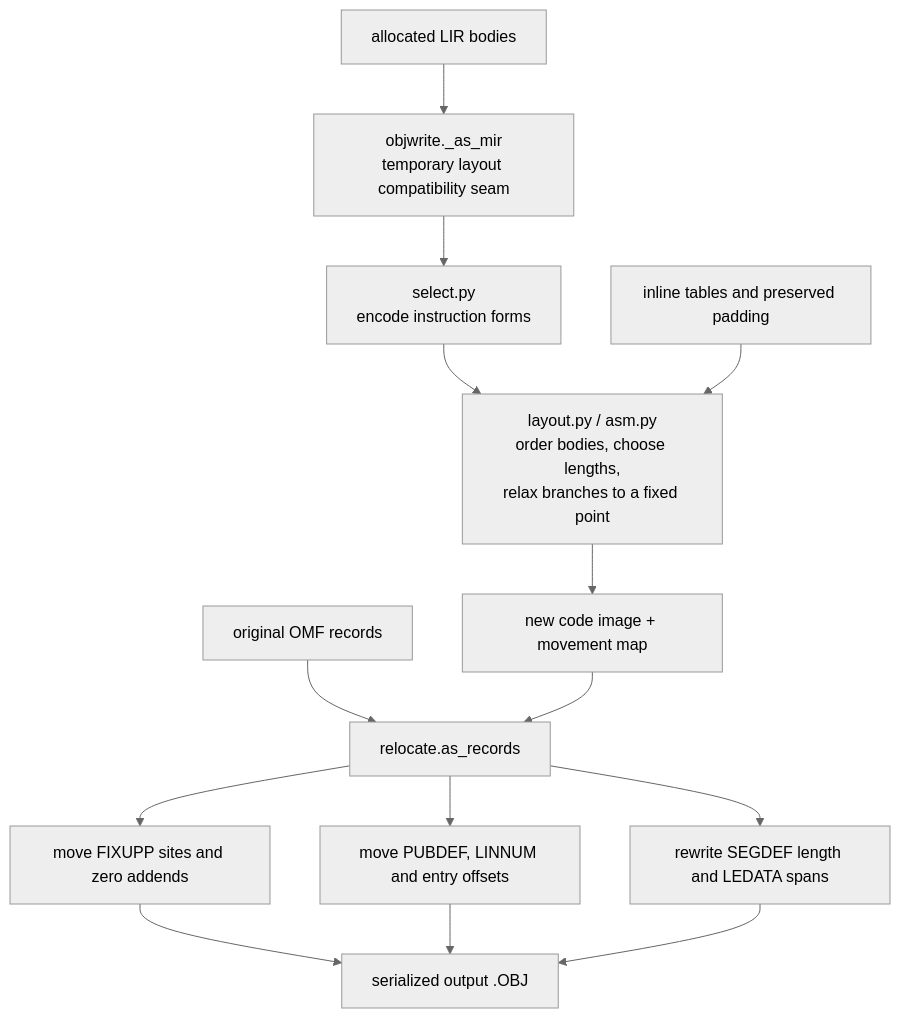
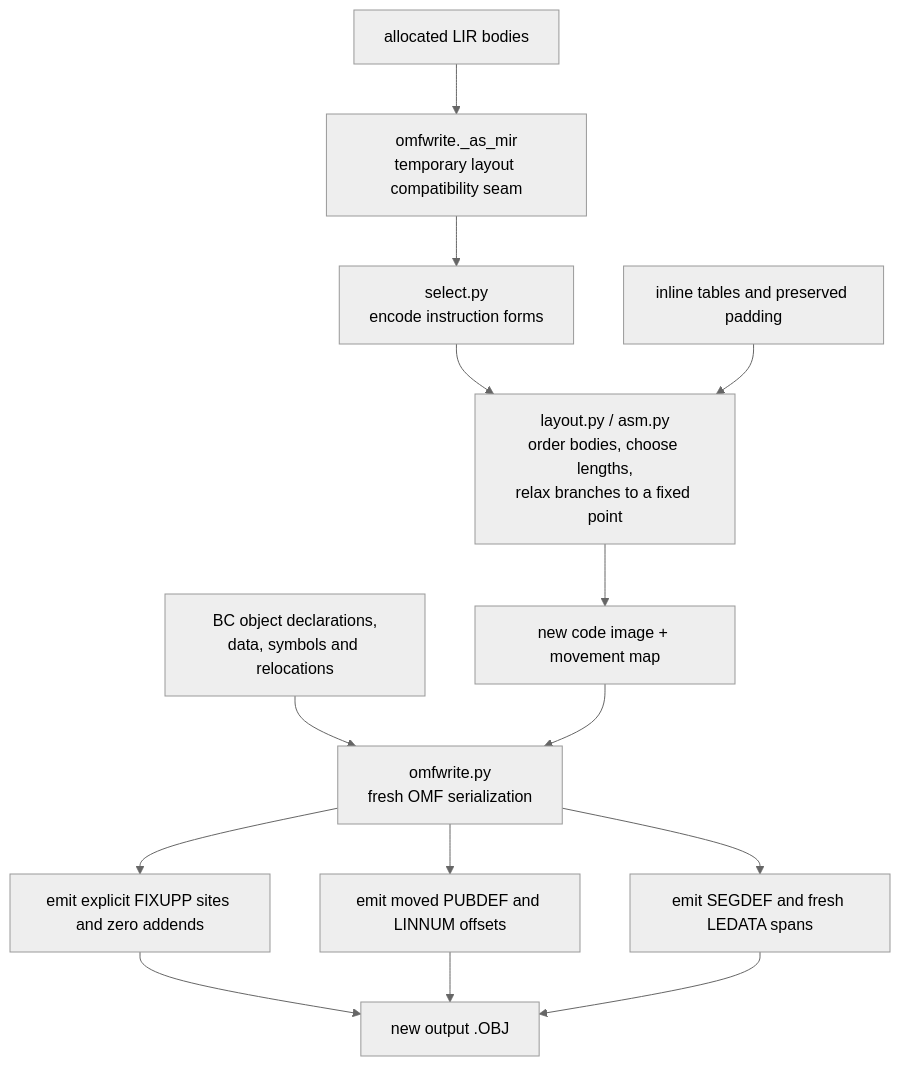
One commit to ali-mosavian/llrm changed the tenth of 13 diagrams in docs/architecture.md. Above: the diagram before and after it, drawn with Mermaid (neutral theme). The commit also changed other lines of this file and 42 other files, not shown here.

````diff
--- a/docs/architecture.md
+++ b/docs/architecture.md
@@ -431,17 +431,17 @@
 ```mermaid
 flowchart TD
-    Bodies["allocated LIR bodies"] --> Bridge["objwrite._as_mir<br/>temporary layout compatibility seam"]
+    Bodies["allocated LIR bodies"] --> Bridge["omfwrite._as_mir<br/>temporary layout compatibility seam"]
     Bridge --> Select["select.py<br/>encode instruction forms"]
     Select --> Layout["layout.py / asm.py<br/>order bodies, choose lengths,<br/>relax branches to a fixed point"]
     Tables["inline tables and preserved padding"] --> Layout
     Layout --> Image["new code image + movement map"]
 
-    Original["original OMF records"] --> Relocate["relocate.as_records"]
-    Image --> Relocate
-    Relocate --> Fix["move FIXUPP sites and zero addends"]
-    Relocate --> Symbols["move PUBDEF, LINNUM and entry offsets"]
-    Relocate --> Segment["rewrite SEGDEF length and LEDATA spans"]
-    Fix --> Output["serialized output .OBJ"]
+    Frontend["BC object declarations,<br/>data, symbols and relocations"] --> Write["omfwrite.py<br/>fresh OMF serialization"]
+    Image --> Write
+    Write --> Fix["emit explicit FIXUPP sites and zero addends"]
+    Write --> Symbols["emit moved PUBDEF and LINNUM offsets"]
+    Write --> Segment["emit SEGDEF and fresh LEDATA spans"]
+    Fix --> Output["new output .OBJ"]
     Symbols --> Output
     Segment --> Output
 ```
````
